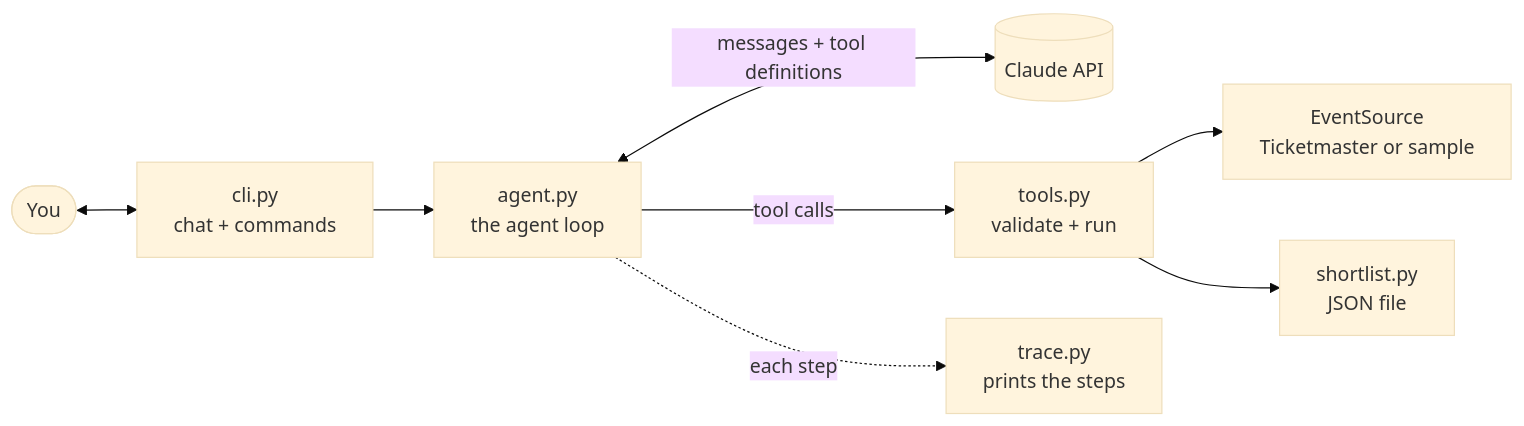
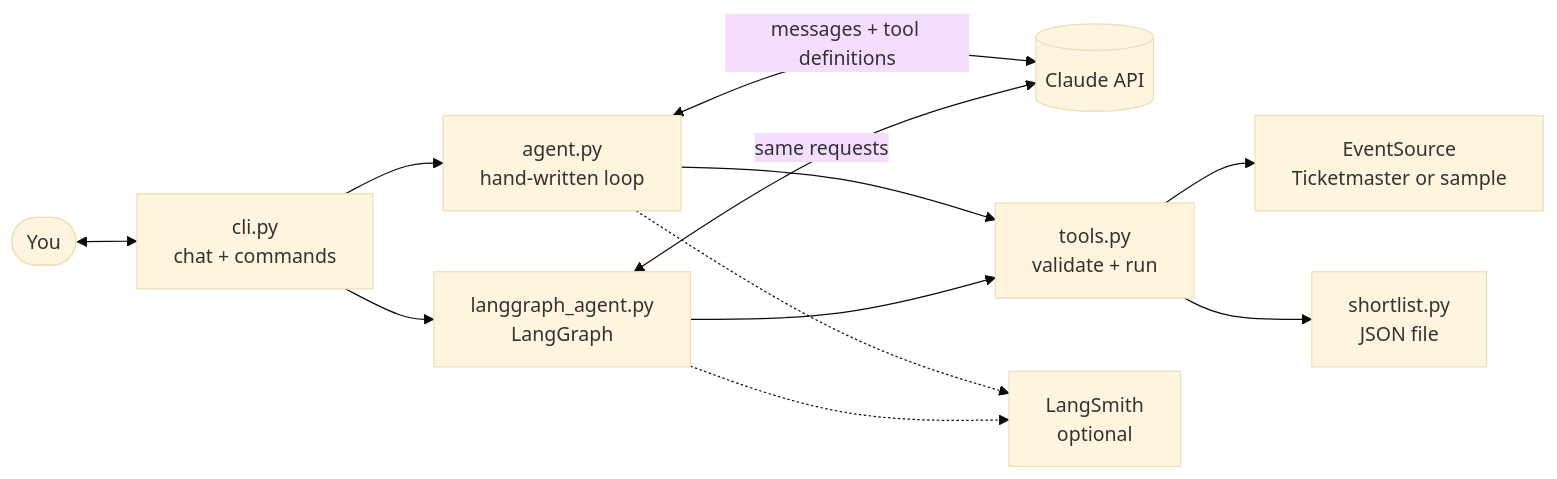
Before and after one commit to ervinjohn50/ai_event_scout: the diagram in README.md, drawn with Mermaid (base theme). The commit also changed other lines of this file, not shown here.

First line of the commit message:
Document the LangGraph engine, tracing, and evaluation results

````diff
--- a/README.md
+++ b/README.md
@@ -81,10 +85,14 @@
 ```mermaid
 flowchart LR
     U([You]) <--> CLI[cli.py<br/>chat + commands]
-    CLI --> A[agent.py<br/>the agent loop]
+    CLI --> A[agent.py<br/>hand-written loop]
+    CLI --> G[langgraph_agent.py<br/>LangGraph]
     A <-->|messages + tool definitions| C[(Claude API)]
-    A -->|tool calls| T[tools.py<br/>validate + run]
+    G <-->|same requests| C
+    A --> T[tools.py<br/>validate + run]
+    G --> T
     T --> S[EventSource<br/>Ticketmaster or sample]
     T --> L[shortlist.py<br/>JSON file]
-    A -.->|each step| TR[trace.py<br/>prints the steps]
+    A -.-> O[LangSmith<br/>optional]
+    G -.-> O
 ```
````
